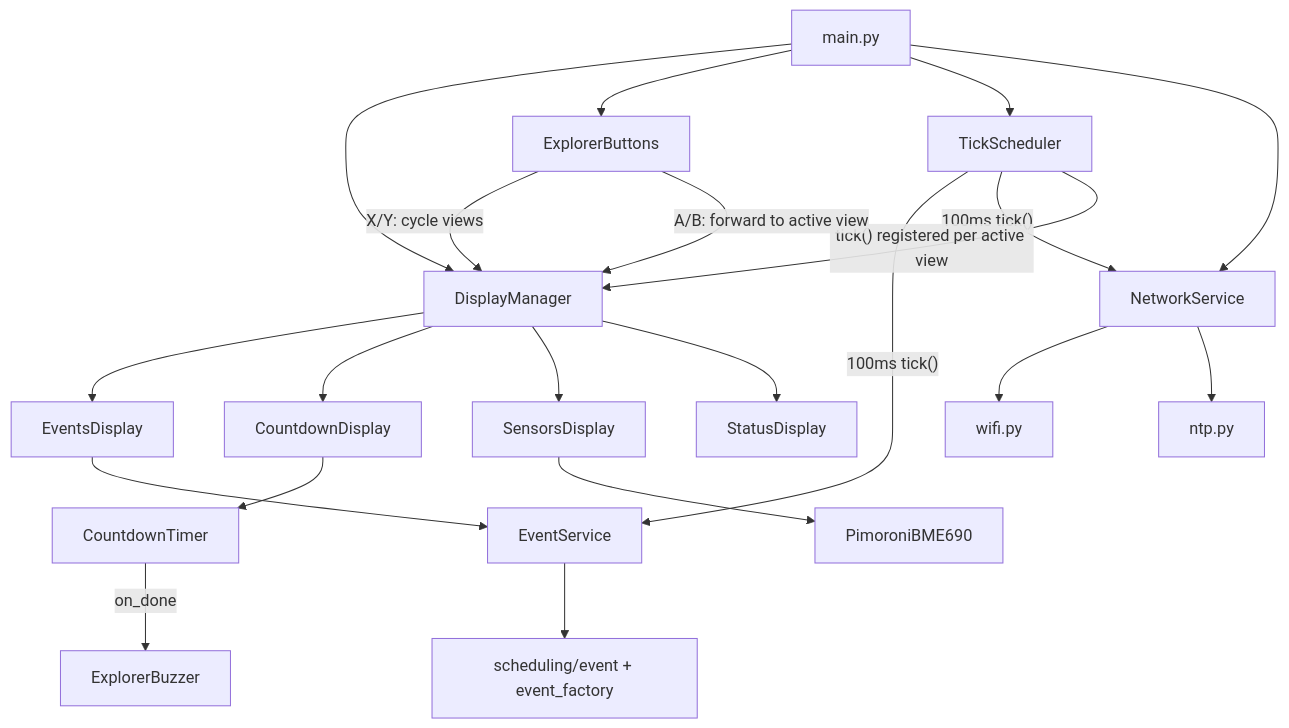
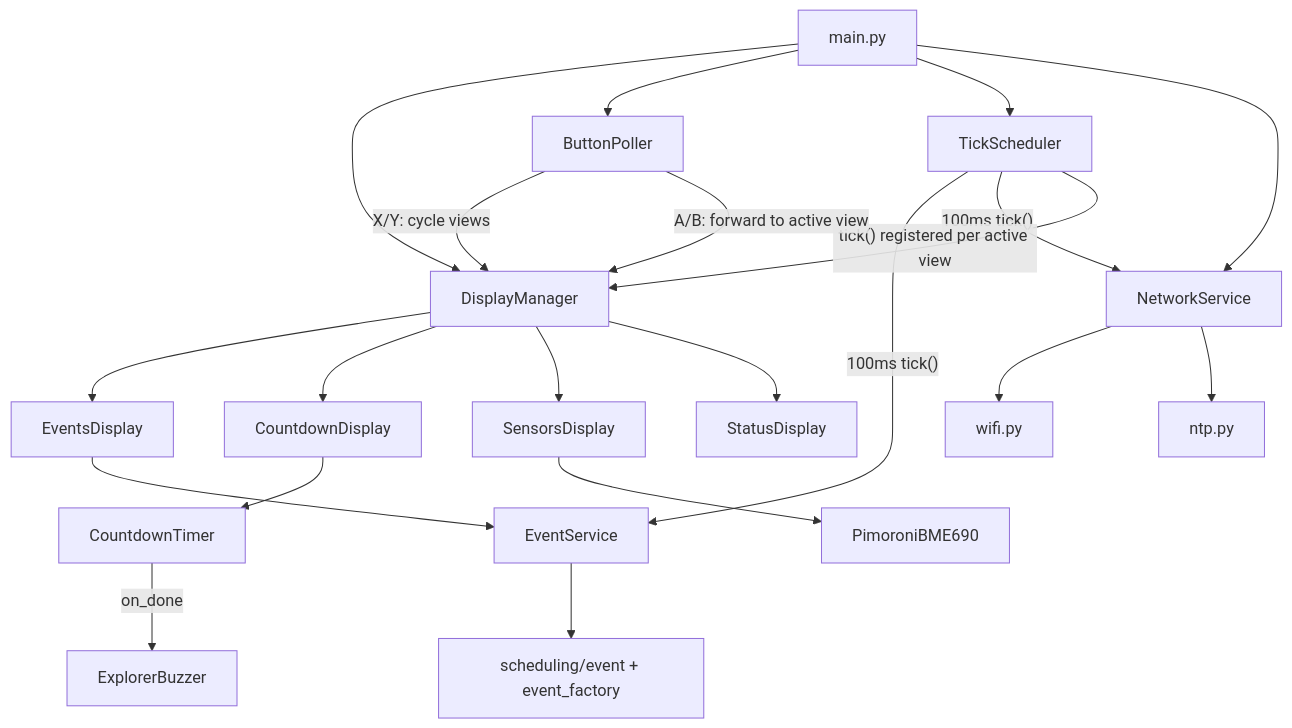
One commit to aannenko/pico-explorer-playground changed the diagram in .github/copilot-instructions.md. Above: the diagram before and after it, drawn with Mermaid. The commit also changed other lines of this file, not shown here.

Commit message:
docs: rename ExplorerButtons to ButtonPoller in copilot-instructions.md
Agent-Logs-Url: https://github.com/aannenko/pico-explorer-playground/sessions/2db29c2f-a11d-457f-a57d-b347c9427cc3

````diff
--- a/.github/copilot-instructions.md
+++ b/.github/copilot-instructions.md
@@ -16,28 +16,28 @@
 ```mermaid
 graph TD
     main.py --> DisplayManager
-    main.py --> ExplorerButtons
+    main.py --> ButtonPoller
     main.py --> TickScheduler
     main.py --> NetworkService
 
     TickScheduler -- "100ms tick()" --> EventService
     TickScheduler -- "100ms tick()" --> NetworkService
     TickScheduler -- "tick() registered per active view" --> DisplayManager
 
     DisplayManager --> EventsDisplay
     DisplayManager --> CountdownDisplay
     DisplayManager --> SensorsDisplay
     DisplayManager --> StatusDisplay
 
     EventsDisplay --> EventService
     CountdownDisplay --> CountdownTimer
     SensorsDisplay --> PimoroniBME690
 
     CountdownTimer -- "on_done" --> ExplorerBuzzer
     NetworkService --> wifi.py
     NetworkService --> ntp.py
     EventService --> scheduling["scheduling/event + event_factory"]
 
-    ExplorerButtons -- "X/Y: cycle views" --> DisplayManager
-    ExplorerButtons -- "A/B: forward to active view" --> DisplayManager
+    ButtonPoller -- "X/Y: cycle views" --> DisplayManager
+    ButtonPoller -- "A/B: forward to active view" --> DisplayManager
 ```
````
